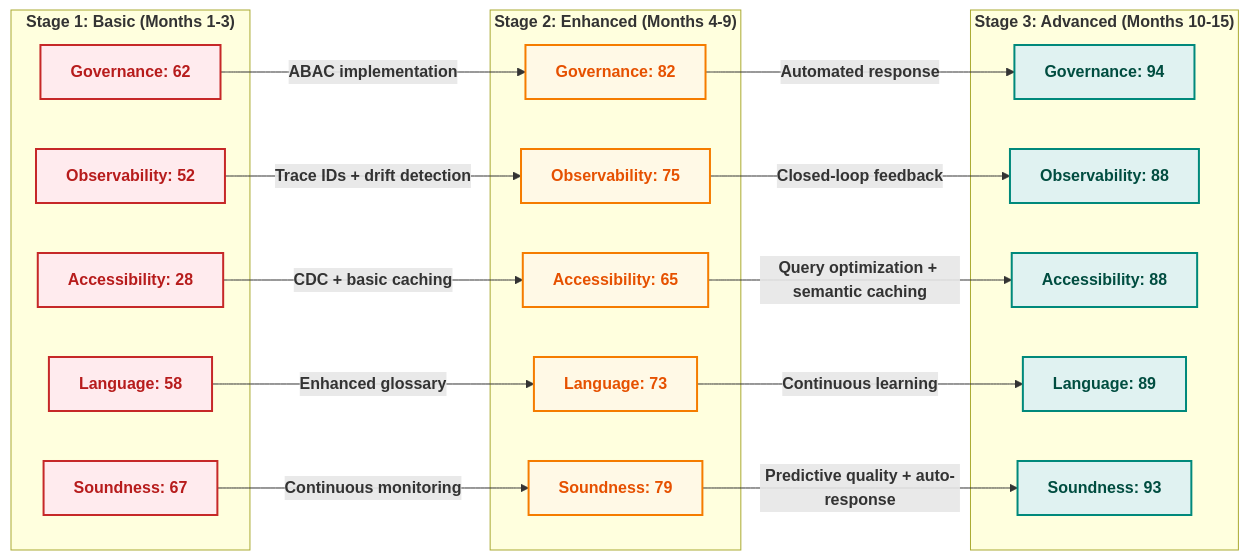
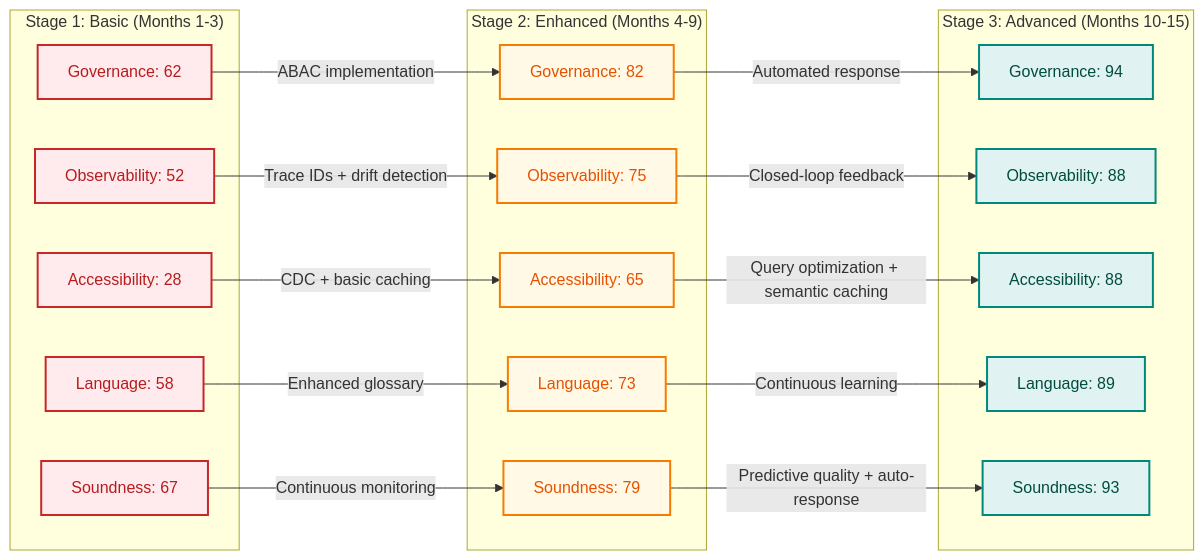
One commit to colaberry/enterprise-data-readiness-ai-agents changed diagram 11 of 11 in chapter-02/chapter_2_complete.md. Above: the diagram before and after it, drawn with Mermaid. The commit also changed other lines of this file and 1 other file, not shown here.

First line of the commit message:
sequence diagrams updated with font fixes

````diff
--- a/chapter-02/chapter_2_complete.md
+++ b/chapter-02/chapter_2_complete.md
@@ -1498,59 +1631,59 @@
 ```mermaid
 graph LR
-    subgraph "<b>Stage 1: Basic (Months 1-3)</b>"
-        G1["<b>Governance: 62</b>"]
-        O1["<b>Observability: 52</b>"]
-        A1["<b>Accessibility: 28</b>"]
-        L1["<b>Language: 58</b>"]
-        S1["<b>Soundness: 67</b>"]
+    subgraph "Stage 1: Basic (Months 1-3)"
+        G1["Governance: 62"]
+        O1["Observability: 52"]
+        A1["Accessibility: 28"]
+        L1["Language: 58"]
+        S1["Soundness: 67"]
     end
     
-    subgraph "<b>Stage 2: Enhanced (Months 4-9)</b>"
-        G2["<b>Governance: 82</b>"]
-        O2["<b>Observability: 75</b>"]
-        A2["<b>Accessibility: 65</b>"]
-        L2["<b>Language: 73</b>"]
-        S2["<b>Soundness: 79</b>"]
+    subgraph "Stage 2: Enhanced (Months 4-9)"
+        G2["Governance: 82"]
+        O2["Observability: 75"]
+        A2["Accessibility: 65"]
+        L2["Language: 73"]
+        S2["Soundness: 79"]
     end
     
-    subgraph "<b>Stage 3: Advanced (Months 10-15)</b>"
-        G3["<b>Governance: 94</b>"]
-        O3["<b>Observability: 88</b>"]
-        A3["<b>Accessibility: 88</b>"]
-        L3["<b>Language: 89</b>"]
-        S3["<b>Soundness: 93</b>"]
+    subgraph "Stage 3: Advanced (Months 10-15)"
+        G3["Governance: 94"]
+        O3["Observability: 88"]
+        A3["Accessibility: 88"]
+        L3["Language: 89"]
+        S3["Soundness: 93"]
     end
     
-    G1 -->|<b>ABAC implementation</b>| G2
-    G2 -->|<b>Automated response</b>| G3
+    G1 -->|ABAC implementation| G2
+    G2 -->|Automated response| G3
     
-    O1 -->|<b>Trace IDs + drift detection</b>| O2
-    O2 -->|<b>Closed-loop feedback</b>| O3
+    O1 -->|Trace IDs + drift detection| O2
+    O2 -->|Closed-loop feedback| O3
     
-    A1 -->|<b>CDC + basic caching</b>| A2
-    A2 -->|<b>Query optimization + semantic caching</b>| A3
+    A1 -->|CDC + basic caching| A2
+    A2 -->|Query optimization + semantic caching| A3
     
-    L1 -->|<b>Enhanced glossary</b>| L2
-    L2 -->|<b>Continuous learning</b>| L3
+    L1 -->|Enhanced glossary| L2
+    L2 -->|Continuous learning| L3
     
-    S1 -->|<b>Continuous monitoring</b>| S2
-    S2 -->|<b>Predictive quality + auto-response</b>| S3
+    S1 -->|Continuous monitoring| S2
+    S2 -->|Predictive quality + auto-response| S3
     
     style G1 fill:#ffebee,stroke:#c62828,stroke-width:2px,color:#b71c1c
     style O1 fill:#ffebee,stroke:#c62828,stroke-width:2px,color:#b71c1c
     style A1 fill:#ffebee,stroke:#c62828,stroke-width:2px,color:#b71c1c
     style L1 fill:#ffebee,stroke:#c62828,stroke-width:2px,color:#b71c1c
     style S1 fill:#ffebee,stroke:#c62828,stroke-width:2px,color:#b71c1c
     
     style G2 fill:#fff9e6,stroke:#f57c00,stroke-width:2px,color:#e65100
     style O2 fill:#fff9e6,stroke:#f57c00,stroke-width:2px,color:#e65100
     style A2 fill:#fff9e6,stroke:#f57c00,stroke-width:2px,color:#e65100
     style L2 fill:#fff9e6,stroke:#f57c00,stroke-width:2px,color:#e65100
     style S2 fill:#fff9e6,stroke:#f57c00,stroke-width:2px,color:#e65100
     
     style G3 fill:#e0f2f1,stroke:#00897b,stroke-width:2px,color:#004d40
     style O3 fill:#e0f2f1,stroke:#00897b,stroke-width:2px,color:#004d40
     style A3 fill:#e0f2f1,stroke:#00897b,stroke-width:2px,color:#004d40
     style L3 fill:#e0f2f1,stroke:#00897b,stroke-width:2px,color:#004d40
     style S3 fill:#e0f2f1,stroke:#00897b,stroke-width:2px,color:#004d40
 ```
````
